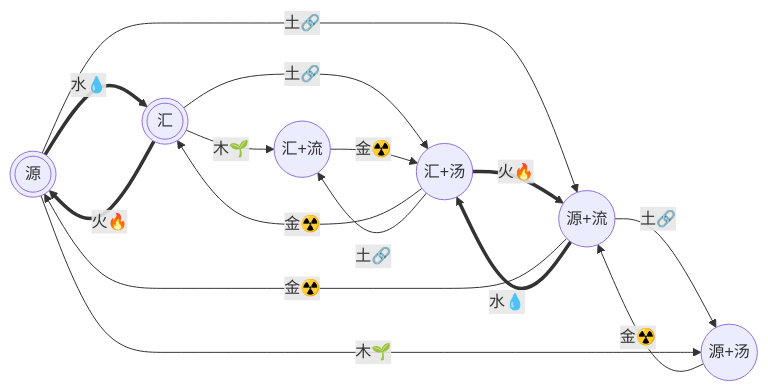
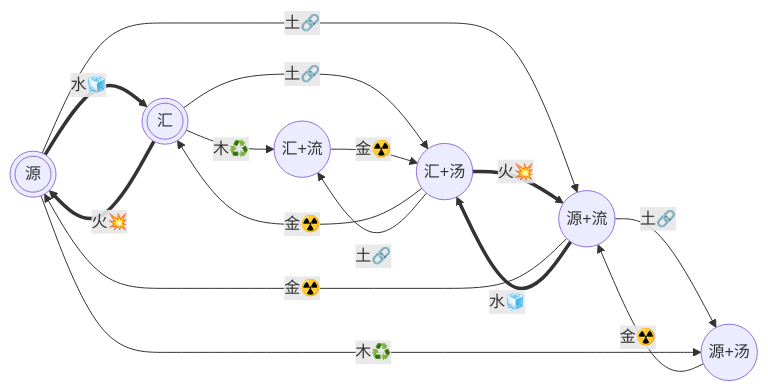
One commit to ChenyangGao/adventures-of-super-ye changed diagram 20 of 42 in 015-不凡惊悟/readme.md. Above: the diagram before and after it, drawn with Mermaid. The commit also changed other lines of this file and 135 other files, not shown here.

````diff
--- a/015-不凡惊悟/readme.md
+++ b/015-不凡惊悟/readme.md
@@ -715,24 +770,24 @@
 ```mermaid  
 graph LR  
     A(((源)))  
     B(((汇)))  
     C((源+流))  
     D((源+汤))  
     E((汇+流))  
     F((汇+汤))  
 
-    A ==> |水💧|B  
-    B ==> |火🔥|A  
+    A ==> |水🧊|B  
+    B ==> |火💥|A  
     A --> |土🔗|C  
     C --> |金☢️|A  
     C --> |土🔗|D  
     D --> |金☢️|C  
-    A --> |木🌱|D  
-    B --> |木🌱|E  
-    F ==> |火🔥|C  
-    C ==> |水💧|F  
+    A --> |木♻️|D  
+    B --> |木♻️|E  
+    F ==> |火💥|C  
+    C ==> |水🧊|F  
     B --> |土🔗|F  
     F --> |金☢️|B  
     F --> |土🔗|E  
     E --> |金☢️|F  
 ```  
````
